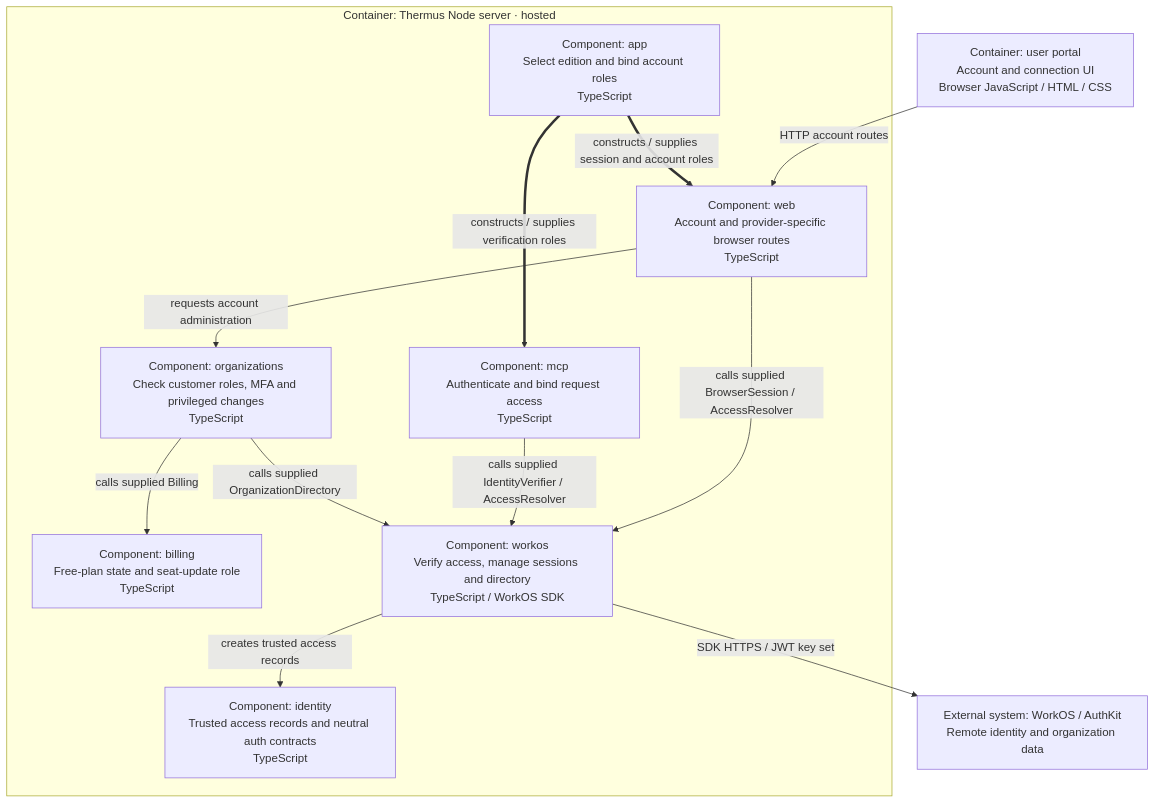
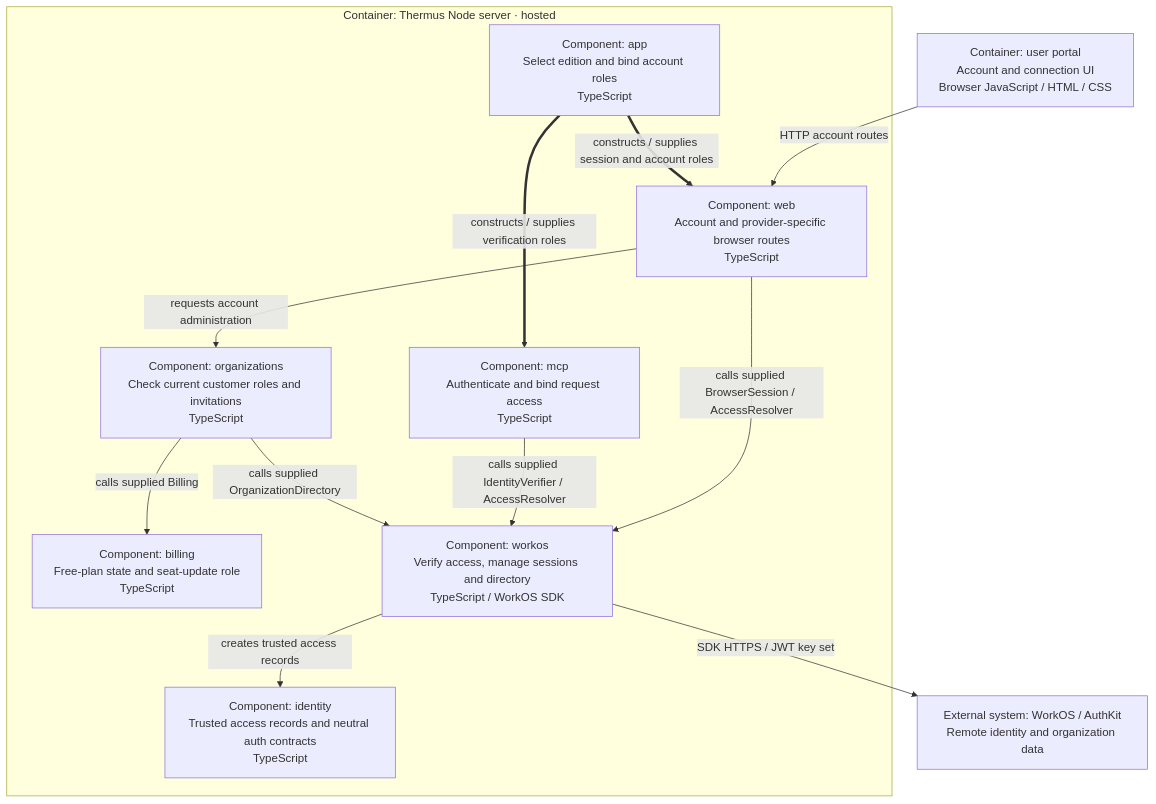
Before and after one commit to tomer-mayara/Thermus: the fifth of 10 diagrams in architecture/components.md, drawn with Mermaid. The commit also changed other lines of this file and 115 other files, not shown here.

````diff
--- a/architecture/components.md
+++ b/architecture/components.md
@@ -182,25 +182,25 @@
 ```mermaid
 %%{init: {"flowchart": {"wrappingWidth": 260}}}%%
 flowchart TB
   hosted_portal["Container: user portal<br/>Account and connection UI<br/>Browser JavaScript / HTML / CSS"]
   subgraph account_server["Container: Thermus Node server · hosted"]
     account_root["Component: app<br/>Select edition and bind account roles<br/>TypeScript"]
     account_web["Component: web<br/>Account and provider-specific browser routes<br/>TypeScript"]
     account_mcp["Component: mcp<br/>Authenticate and bind request access<br/>TypeScript"]
     account_identity["Component: identity<br/>Trusted access records and neutral auth contracts<br/>TypeScript"]
-    account_org["Component: organizations<br/>Check customer roles, MFA and privileged changes<br/>TypeScript"]
+    account_org["Component: organizations<br/>Check current customer roles and invitations<br/>TypeScript"]
     account_billing["Component: billing<br/>Free-plan state and seat-update role<br/>TypeScript"]
     account_workos["Component: workos<br/>Verify access, manage sessions and directory<br/>TypeScript / WorkOS SDK"]
   end
   hosted_workos["External system: WorkOS / AuthKit<br/>Remote identity and organization data"]
   hosted_portal -->|HTTP account routes| account_web
   account_root ==>|constructs / supplies session and account roles| account_web
   account_root ==>|constructs / supplies verification roles| account_mcp
   account_web -->|calls supplied BrowserSession / AccessResolver| account_workos
   account_mcp -->|calls supplied IdentityVerifier / AccessResolver| account_workos
   account_web -->|requests account administration| account_org
   account_org -->|calls supplied OrganizationDirectory| account_workos
   account_org -->|calls supplied Billing| account_billing
   account_workos -->|creates trusted access records| account_identity
   account_workos -->|SDK HTTPS / JWT key set| hosted_workos
 ```
````
